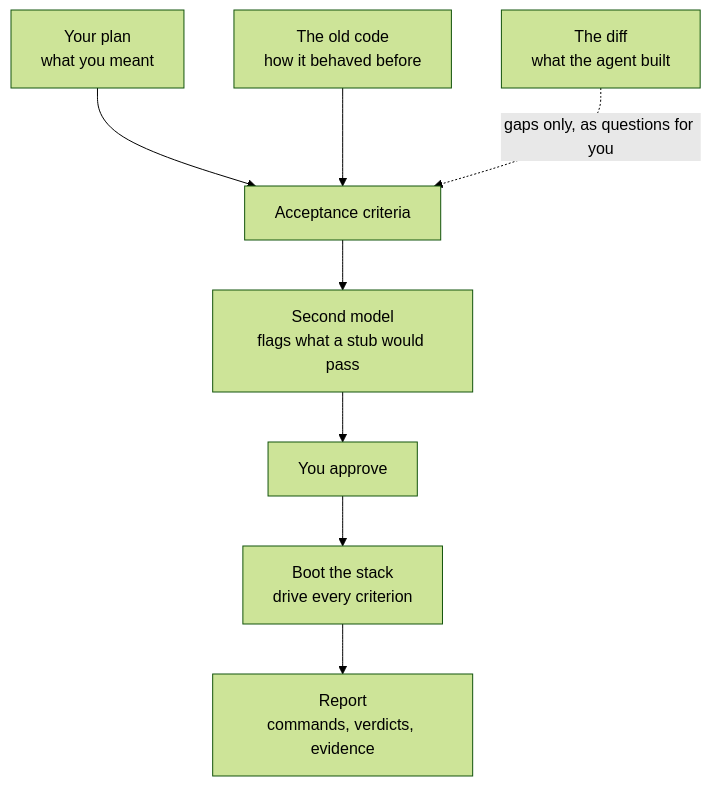
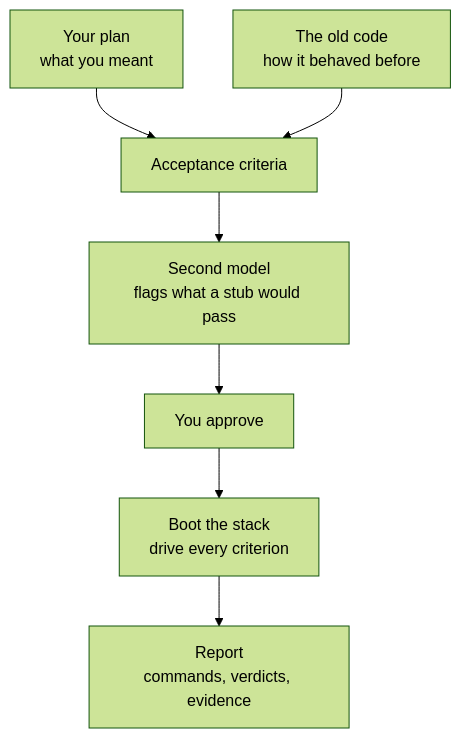
Before and after one commit to opslane/verify: the first of 2 diagrams in docs/talk/README.md, drawn with Mermaid (forest theme).

````diff
--- a/docs/talk/README.md
+++ b/docs/talk/README.md
@@ -38,16 +38,14 @@
 ```mermaid
 flowchart TD
     plan["Your plan<br>what you meant"]
     old["The old code<br>how it behaved before"]
-    diff["The diff<br>what the agent built"]
     ac["Acceptance criteria"]
     codex["Second model<br>flags what a stub would pass"]
     you["You approve"]
     run["Boot the stack<br>drive every criterion"]
     rep["Report<br>commands, verdicts, evidence"]
 
     plan --> ac
     old --> ac
-    diff -.->|"gaps only, as questions for you"| ac
     ac --> codex --> you --> run --> rep
 ```
````
